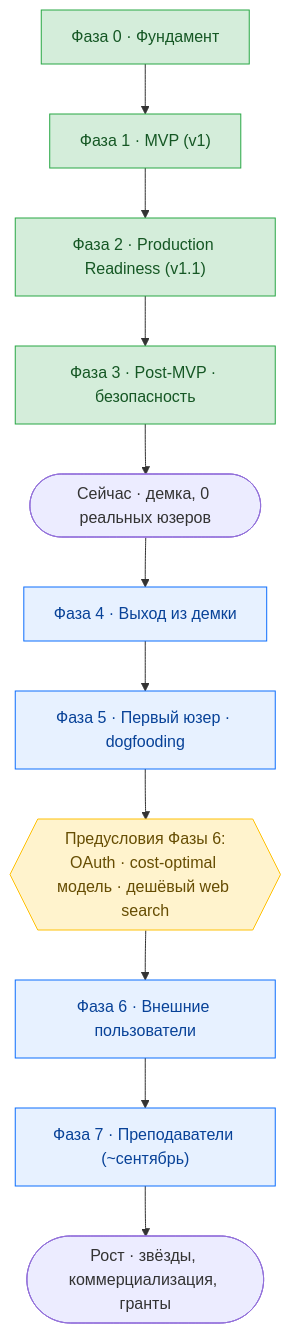
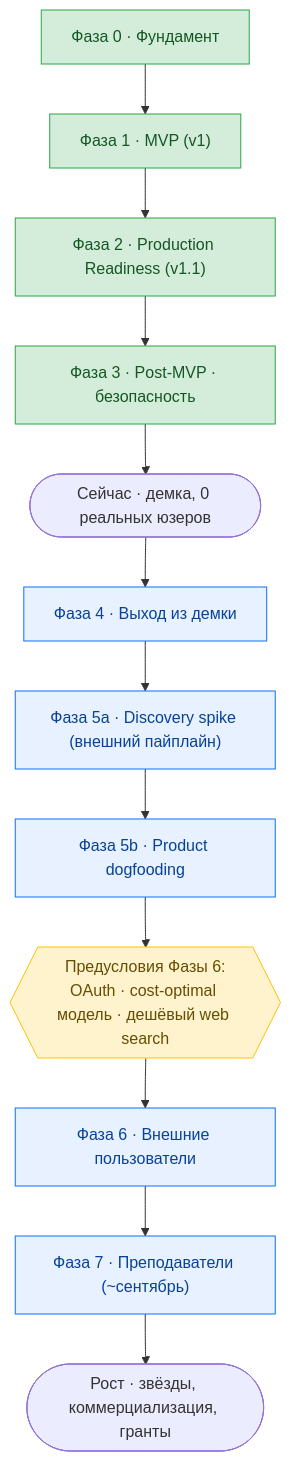
One commit to Bbar0n234/learnflow-ai changed the first of 2 diagrams in doc/product/roadmap.md. Above: the diagram before and after it, drawn with Mermaid. The commit also changed other lines of this file and 4 other files, not shown here.

First line of the commit message:
docs(roadmap): Фаза 5 → 5a discovery spike + 5b dogfooding; гейт публичного показа

````diff
--- a/doc/product/roadmap.md
+++ b/doc/product/roadmap.md
@@ -16,21 +16,22 @@
 ```mermaid
 flowchart TD
     classDef done fill:#d4edda,stroke:#28a745,color:#155724
     classDef future fill:#e7f1ff,stroke:#0d6efd,color:#084298
     classDef gate fill:#fff3cd,stroke:#ffc107,color:#664d03
 
     P0["Фаза 0 · Фундамент"] --> P1["Фаза 1 · MVP (v1)"]
     P1 --> P2["Фаза 2 · Production Readiness (v1.1)"]
     P2 --> P3["Фаза 3 · Post-MVP · безопасность"]
     P3 --> NOW(["Сейчас · демка, 0 реальных юзеров"])
     NOW --> P4["Фаза 4 · Выход из демки"]
-    P4 --> P5["Фаза 5 · Первый юзер · dogfooding"]
-    P5 --> GATE{{"Предусловия Фазы 6:<br/>OAuth · cost-optimal модель · дешёвый web search"}}
+    P4 --> P5a["Фаза 5a · Discovery spike (внешний пайплайн)"]
+    P5a --> P5b["Фаза 5b · Product dogfooding"]
+    P5b --> GATE{{"Предусловия Фазы 6:<br/>OAuth · cost-optimal модель · дешёвый web search"}}
     GATE --> P6["Фаза 6 · Внешние пользователи"]
     P6 --> P7["Фаза 7 · Преподаватели (~сентябрь)"]
     P7 --> GROW(["Рост · звёзды, коммерциализация, гранты"])
 
     class P0,P1,P2,P3 done
-    class P4,P5,P6,P7 future
+    class P4,P5a,P5b,P6,P7 future
     class GATE gate
 ```
````
